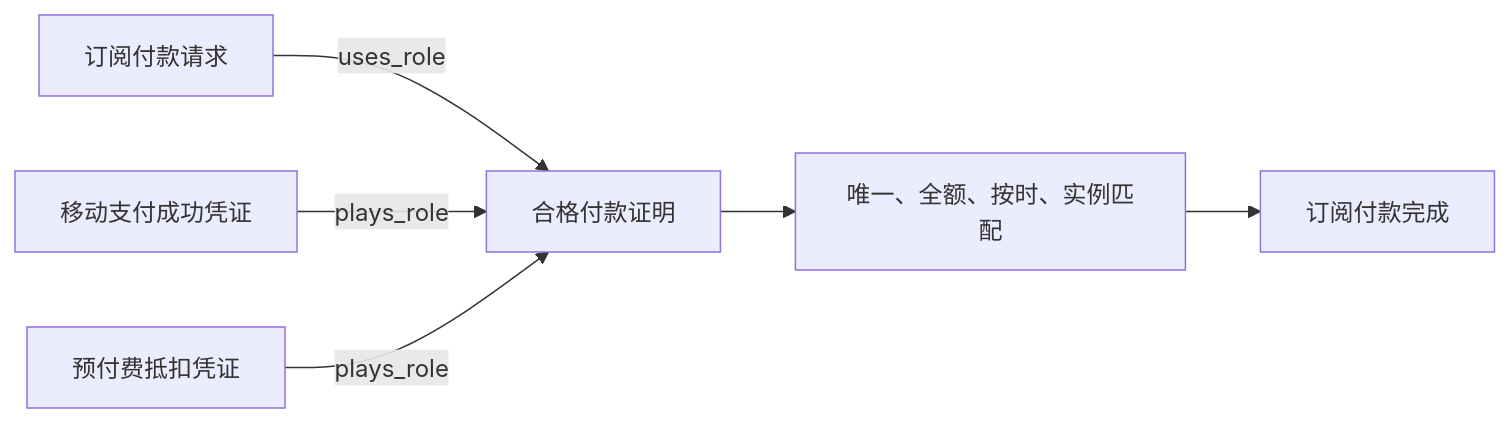
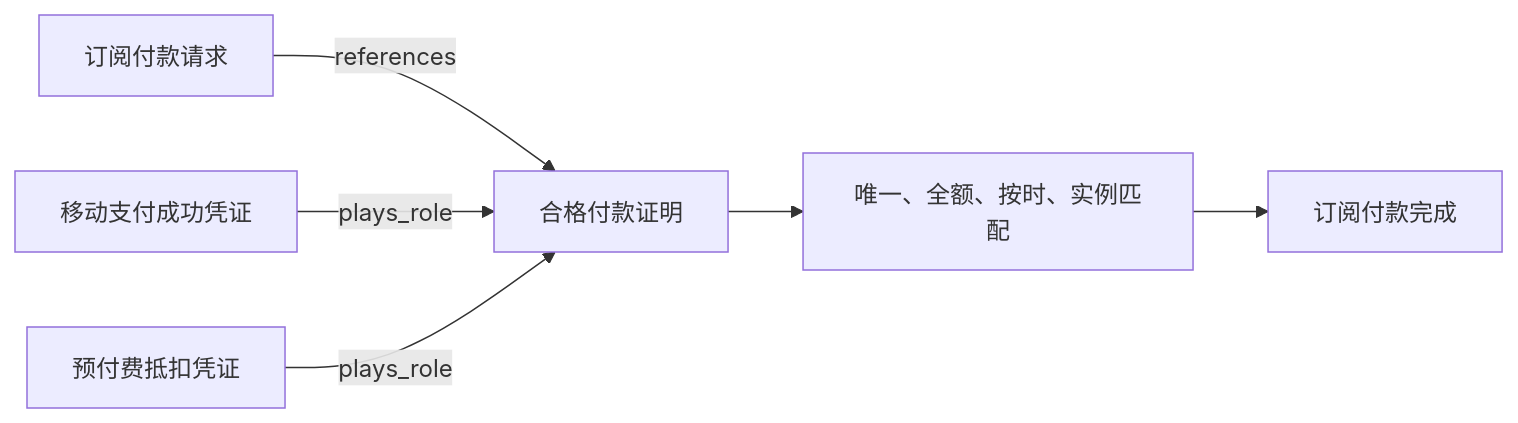
The first of 3 diagrams in .evidence/fm/00-overview.md (JayClock/Evidence-Framework), drawn with Mermaid before and after one commit. The commit also changed other lines of this file and 30 other files, not shown here.

First line of the commit message:
refactor(fm)!: reference evidence roles without uses_role

````diff
--- a/.evidence/fm/00-overview.md
+++ b/.evidence/fm/00-overview.md
@@ -43,8 +43,8 @@
 ```mermaid
 flowchart LR
-  A[订阅付款请求] -->|uses_role| R[合格付款证明]
+  A[订阅付款请求] -->|references| R[合格付款证明]
   M[移动支付成功凭证] -->|plays_role| R
   P[预付费抵扣凭证] -->|plays_role| R
   R --> C[唯一、全额、按时、实例匹配]
   C --> D[订阅付款完成]
 ```
````
